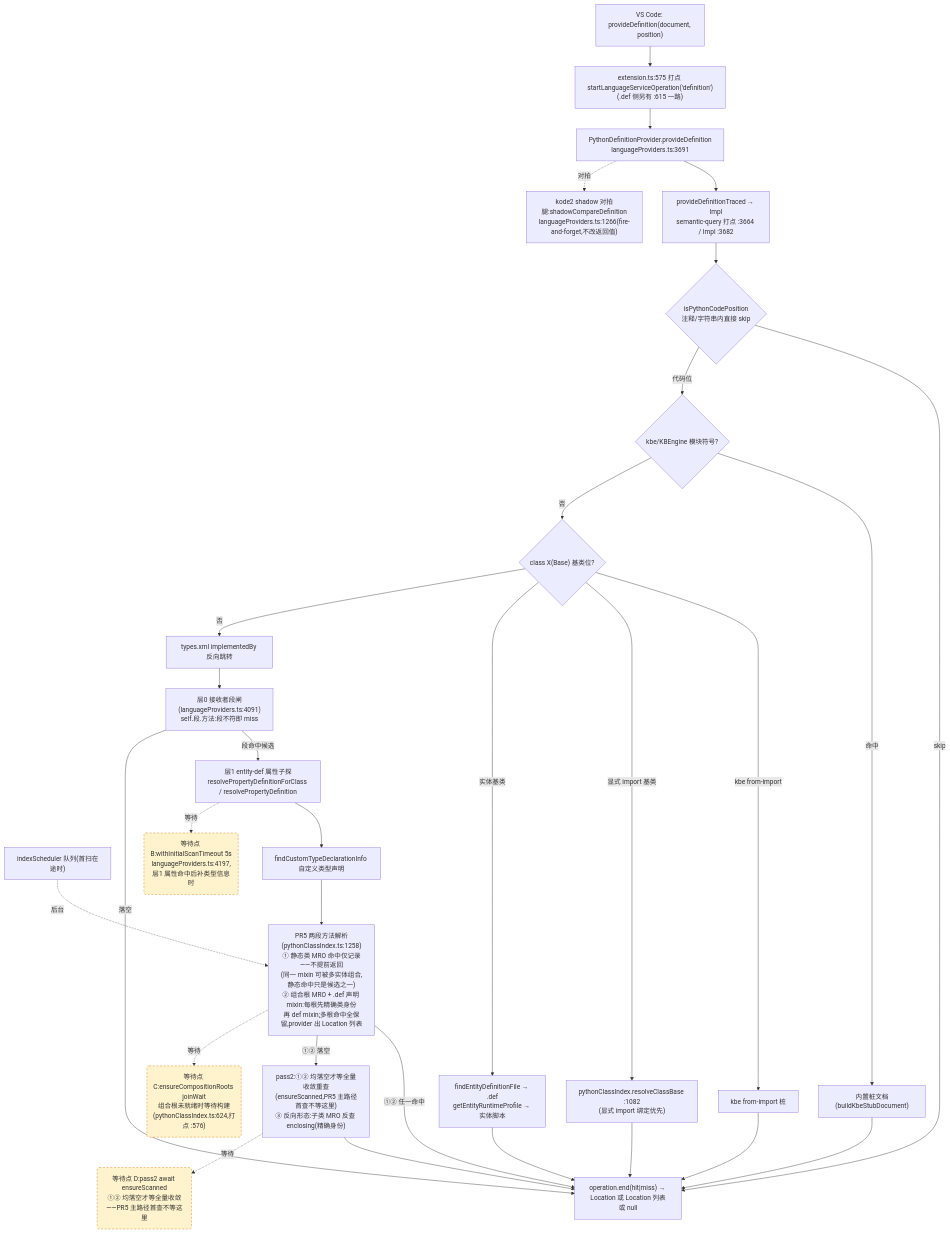
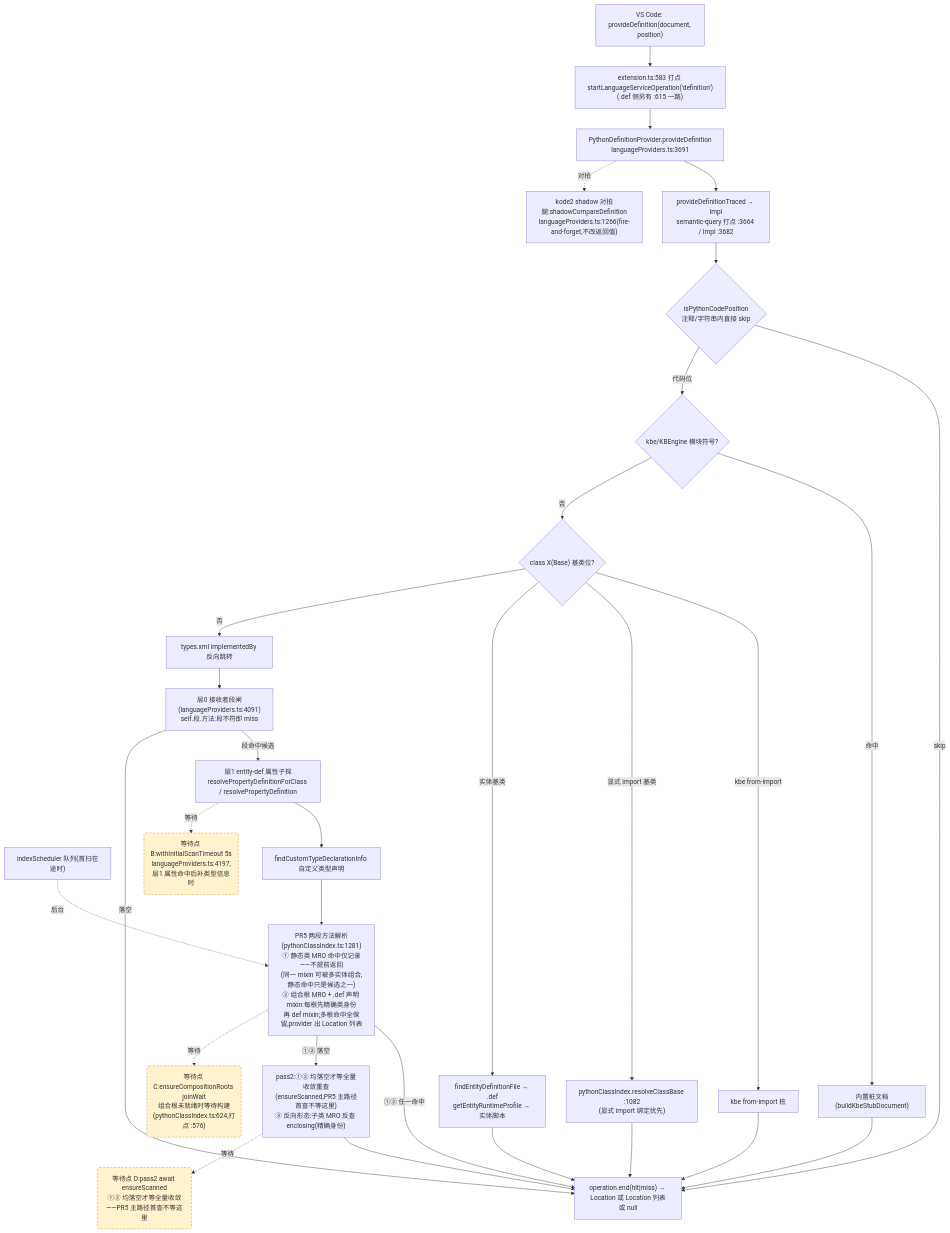
The second of 4 diagrams in docs/perf/2026-baseline.md (cuihairu/kode), drawn with Mermaid before and after one commit. The commit also changed other lines of this file and 5 other files, not shown here.

````diff
--- a/docs/perf/2026-baseline.md
+++ b/docs/perf/2026-baseline.md
@@ -130,51 +130,51 @@
 ```mermaid
 flowchart TD
   VC2["VS Code: provideDefinition(document, position)"]
-  M2["extension.ts:575 打点 startLanguageServiceOperation('definition')<br/>(.def 侧另有 :615 一路)"]
+  M2["extension.ts:583 打点 startLanguageServiceOperation('definition')<br/>(.def 侧另有 :615 一路)"]
   AD2["PythonDefinitionProvider.provideDefinition<br/>languageProviders.ts:3691"]
   TR["provideDefinitionTraced → Impl<br/>semantic-query 打点 :3664 / Impl :3682"]
   CTX{"isPythonCodePosition<br/>注释/字符串内直接 skip"}
   KBE{"kbe/KBEngine 模块符号?"}
   STUB["内置桩文档(buildKbeStubDocument)"]
   CB{"class X(Base) 基类位?"}
   CB1["kbe from-import 桩"]
   CB2["pythonClassIndex.resolveClassBase :1082<br/>(显式 import 绑定优先)"]
   CB3["findEntityDefinitionFile → .def<br/>getEntityRuntimeProfile → 实体脚本"]
   REV["types.xml implementedBy 反向跳转"]
   L0["层0 接收者段闸(languageProviders.ts:4091)<br/>self.段.方法:段不符即 miss"]
   L1["层1 entity-def 属性子探<br/>resolvePropertyDefinitionForClass / resolvePropertyDefinition"]
   SCAN["indexScheduler 队列(首扫在途时)"]
   TY["findCustomTypeDeclarationInfo 自定义类型声明"]
-  MRO["PR5 两段方法解析(pythonClassIndex.ts:1258)<br/>① 静态类 MRO 命中仅记录——不提前返回<br/>(同一 mixin 可被多实体组合,静态命中只是候选之一)<br/>② 组合根 MRO + .def 声明 mixin:每根先精确类身份<br/>再 def mixin;多根命中全保留,provider 出 Location 列表"]
+  MRO["PR5 两段方法解析(pythonClassIndex.ts:1281)<br/>① 静态类 MRO 命中仅记录——不提前返回<br/>(同一 mixin 可被多实体组合,静态命中只是候选之一)<br/>② 组合根 MRO + .def 声明 mixin:每根先精确类身份<br/>再 def mixin;多根命中全保留,provider 出 Location 列表"]
   PASS2["pass2:①② 均落空才等全量收敛重查<br/>(ensureScanned,PR5 主路径首查不等这里)<br/>③ 反向形态:子类 MRO 反查 enclosing(精确身份)"]
   SHD["kode2 shadow 对拍腿:shadowCompareDefinition<br/>languageProviders.ts:1266(fire-and-forget,不改返回值)"]
   END2["operation.end(hit|miss) → Location 或 Location 列表或 null"]
 
   VC2 --> M2 --> AD2 --> TR --> CTX
   CTX -- "skip" --> END2
   CTX -- "代码位" --> KBE
   KBE -- "命中" --> STUB --> END2
   KBE -- "否" --> CB
   CB -- "kbe from-import" --> CB1 --> END2
   CB -- "显式 import 基类" --> CB2 --> END2
   CB -- "实体基类" --> CB3 --> END2
   CB -- "否" --> REV --> L0
   L0 -- "段命中候选" --> L1
   L0 -- "落空" --> END2
   L1 --> TY
   TY --> MRO
   MRO -- "①② 任一命中" --> END2
   MRO -- "①② 落空" --> PASS2 --> END2
   AD2 -.->|对拍| SHD
 
   WAITB("等待点 B:withInitialScanTimeout 5s<br/>languageProviders.ts:4197,层1 属性命中后补类型信息时")
   WAITC("等待点 C:ensureCompositionRoots joinWait<br/>组合根未就绪时等待构建(pythonClassIndex.ts:624,打点 :576)")
   WAITD("等待点 D:pass2 await ensureScanned<br/>①② 均落空才等全量收敛——PR5 主路径首查不等这里")
   L1 -.->|等待| WAITB
   MRO -.->|等待| WAITC
   PASS2 -.->|等待| WAITD
   SCAN -.->|后台| MRO
 
   classDef waitPoint fill:#fff3cd,stroke:#d97706,stroke-dasharray:5 4;
   class WAITB,WAITC,WAITD waitPoint;
 ```
````
